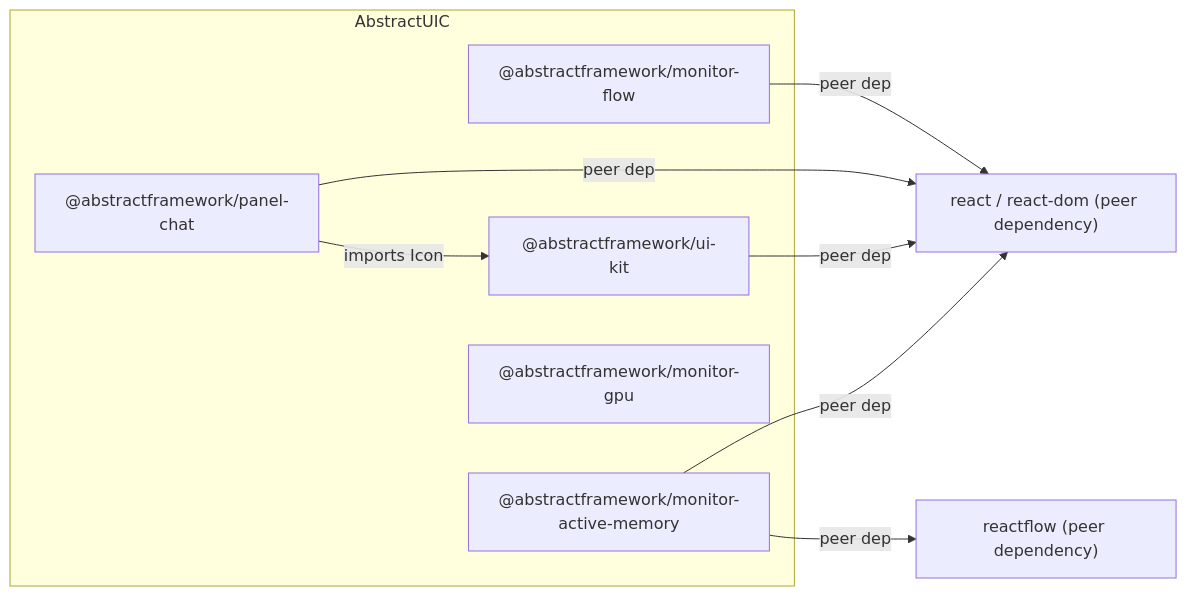
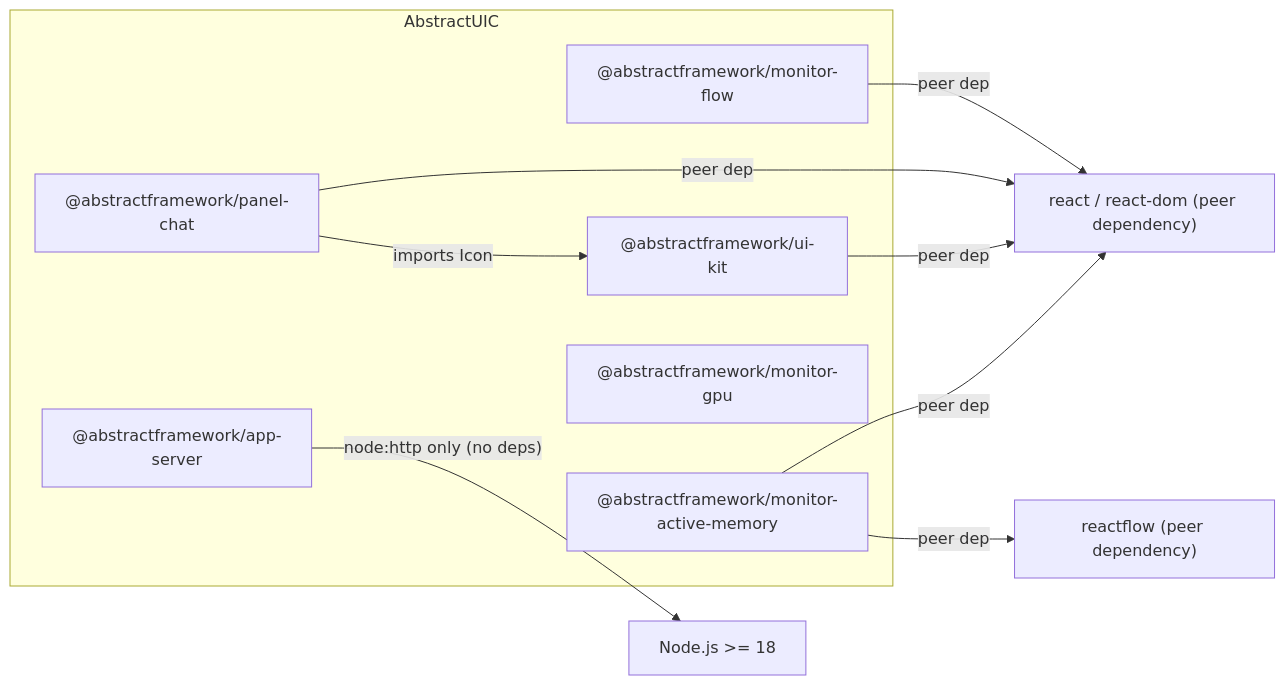
Before and after one commit to lpalbou/AbstractUIC: the first of 3 diagrams in docs/architecture.md, drawn with Mermaid. The commit also changed other lines of this file and 42 other files, not shown here.

````diff
--- a/docs/architecture.md
+++ b/docs/architecture.md
@@ -20,17 +20,19 @@
 ```mermaid
 flowchart LR
   subgraph AbstractUIC
     UIKIT["@abstractframework/ui-kit"]
     CHAT["@abstractframework/panel-chat"]
+    APPSRV["@abstractframework/app-server"]
     FLOW["@abstractframework/monitor-flow"]
     AMX["@abstractframework/monitor-active-memory"]
     GPU["@abstractframework/monitor-gpu"]
   end
 
   CHAT -->|"imports Icon"| UIKIT
   AMX -->|"peer dep"| ReactFlow["reactflow (peer dependency)"]
   FLOW -->|"peer dep"| React["react / react-dom (peer dependency)"]
   CHAT -->|"peer dep"| React
   UIKIT -->|"peer dep"| React
   AMX -->|"peer dep"| React
+  APPSRV -->|"node:http only (no deps)"| Node["Node.js >= 18"]
 ```
````
